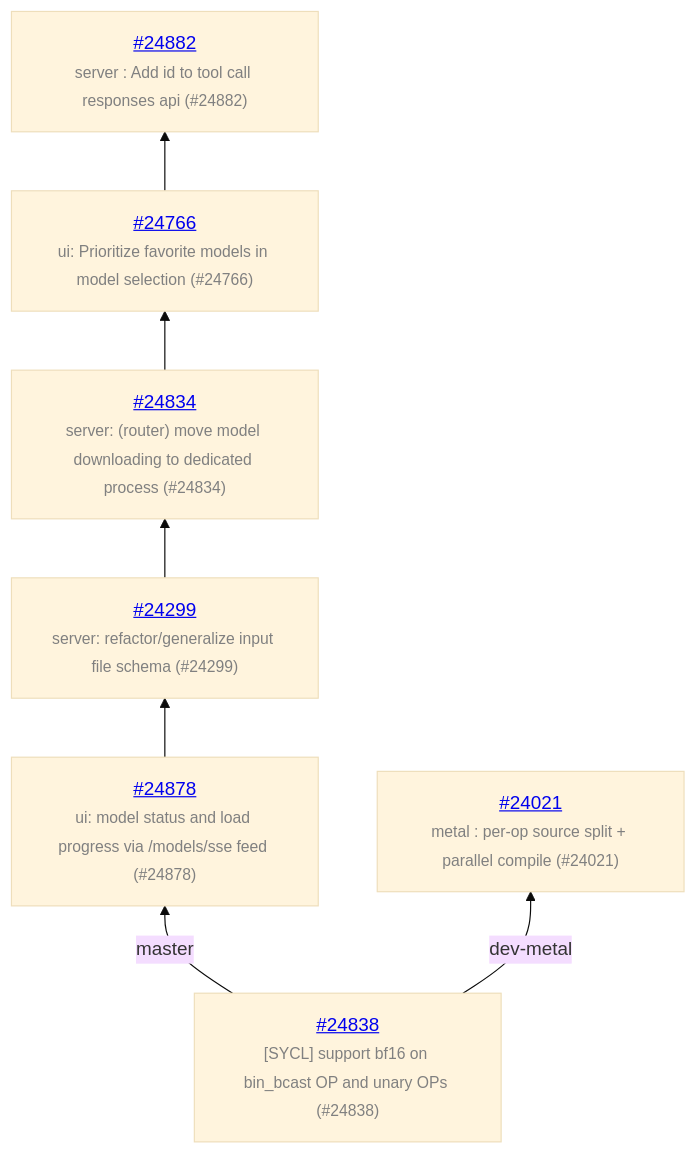
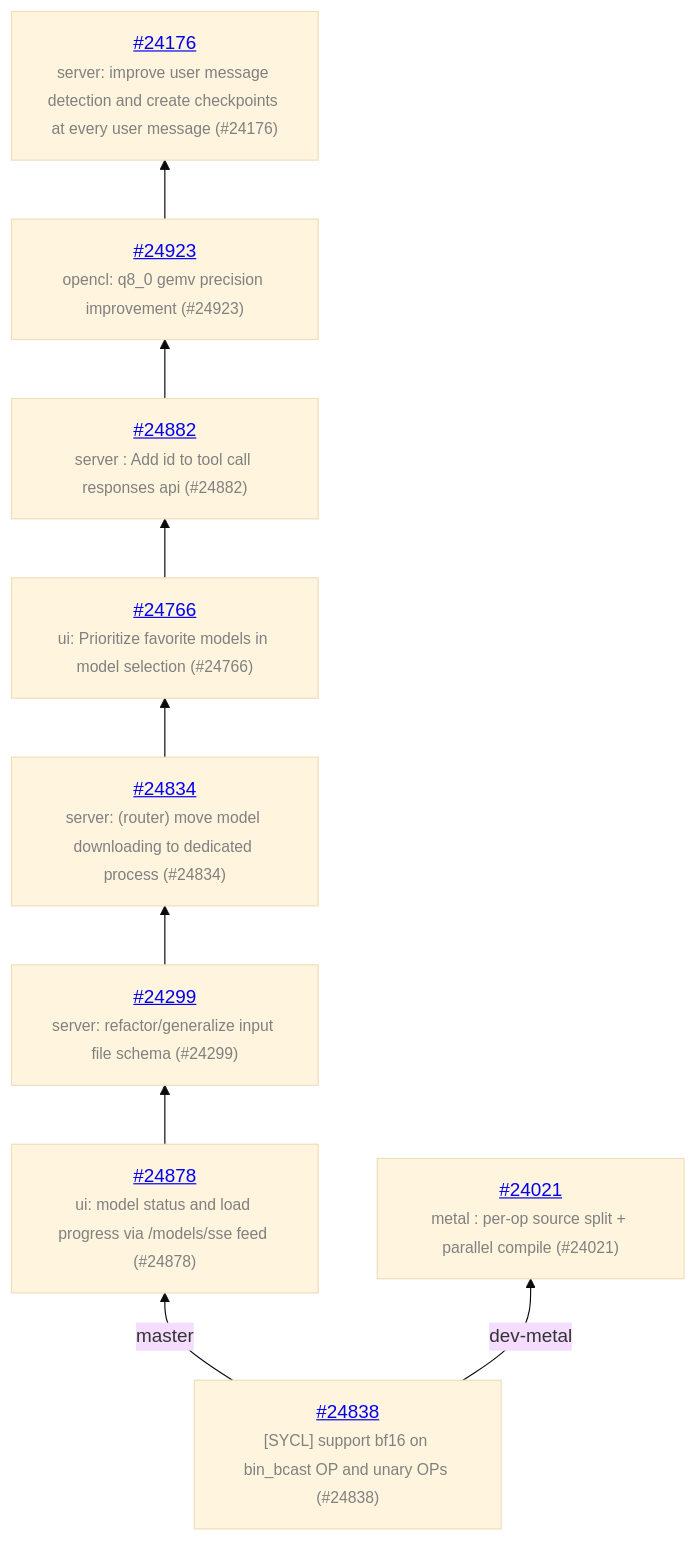
Before and after one commit to ggml-org/llama.cpp-dev: the diagram in README.md, drawn with Mermaid (base theme). The commit also changed other lines of this file and 1 other file, not shown here.

Commit message:
auto: update

````diff
--- a/README.md
+++ b/README.md
@@ -13,16 +13,20 @@
 ```mermaid
 graph BT
     COMMON["<a href='https://github.com/ggml-org/llama.cpp/pull/24838'>#24838</a><br/><span style='font-size:smaller;color:gray'>[SYCL] support bf16 on bin_bcast OP and unary OPs (#24838)</span>"]
     COMMON -->|master| C_099b579
     C_099b579["<a href='https://github.com/ggml-org/llama.cpp/pull/24878'>#24878</a><br/><span style='font-size:smaller;color:gray'>ui: model status and load progress via /models/sse feed (#24878)</span>"]
     C_099b579 --> C_6ee0f65
     C_6ee0f65["<a href='https://github.com/ggml-org/llama.cpp/pull/24299'>#24299</a><br/><span style='font-size:smaller;color:gray'>server: refactor/generalize input file schema (#24299)</span>"]
     C_6ee0f65 --> C_721354f
     C_721354f["<a href='https://github.com/ggml-org/llama.cpp/pull/24834'>#24834</a><br/><span style='font-size:smaller;color:gray'>server: (router) move model downloading to dedicated process (#24834)</span>"]
     C_721354f --> C_9c0ac88
     C_9c0ac88["<a href='https://github.com/ggml-org/llama.cpp/pull/24766'>#24766</a><br/><span style='font-size:smaller;color:gray'>ui: Prioritize favorite models in model selection (#24766)</span>"]
     C_9c0ac88 --> C_dec5ca5
     C_dec5ca5["<a href='https://github.com/ggml-org/llama.cpp/pull/24882'>#24882</a><br/><span style='font-size:smaller;color:gray'>server : Add id to tool call responses api (#24882)</span>"]
+    C_dec5ca5 --> C_23ee879
+    C_23ee879["<a href='https://github.com/ggml-org/llama.cpp/pull/24923'>#24923</a><br/><span style='font-size:smaller;color:gray'>opencl: q8_0 gemv precision improvement (#24923)</span>"]
+    C_23ee879 --> C_73618f2
+    C_73618f2["<a href='https://github.com/ggml-org/llama.cpp/pull/24176'>#24176</a><br/><span style='font-size:smaller;color:gray'>server: improve user message detection and create checkpoints at every user message (#24176)</span>"]
     COMMON -->|dev-metal| C_bec3083
     C_bec3083["<a href='https://github.com/ggml-org/llama.cpp/pull/24021'>#24021</a><br/><span style='font-size:smaller;color:gray'>metal : per-op source split + parallel compile (#24021)</span>"]
 ```
````
